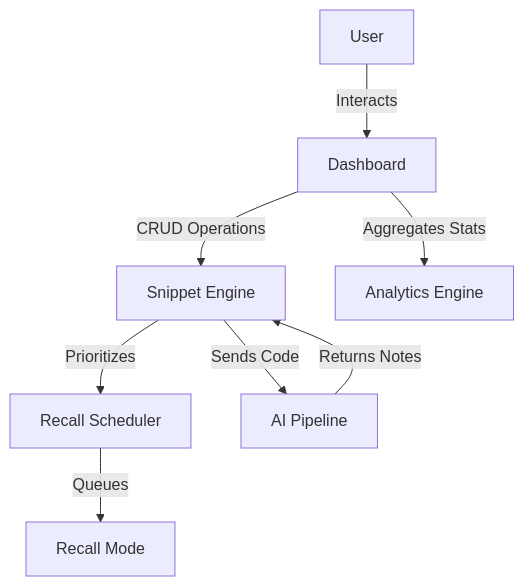
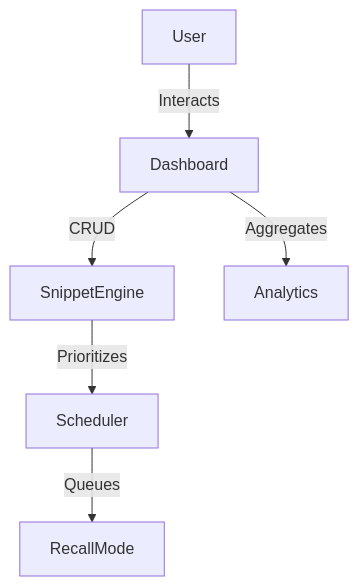
The second of 3 diagrams in README.md (DeeKush/Code-Recall), drawn with Mermaid before and after one commit. The commit also changed other lines of this file, not shown here.

````diff
--- a/README.md
+++ b/README.md
@@ -115,10 +80,8 @@
 ```mermaid
 graph TD
-    A[User] -->|Interacts| B[Dashboard]
-    B -->|CRUD Operations| C[Snippet Engine]
-    C -->|Prioritizes| D[Recall Scheduler]
-    D -->|Queues| E[Recall Mode]
-    B -->|Aggregates Stats| F[Analytics Engine]
-    C -->|Sends Code| G[AI Pipeline]
-    G -->|Returns Notes| C
+    User -->|Interacts| Dashboard
+    Dashboard -->|CRUD| SnippetEngine
+    SnippetEngine -->|Prioritizes| Scheduler
+    Scheduler -->|Queues| RecallMode
+    Dashboard -->|Aggregates| Analytics
 ```
````
